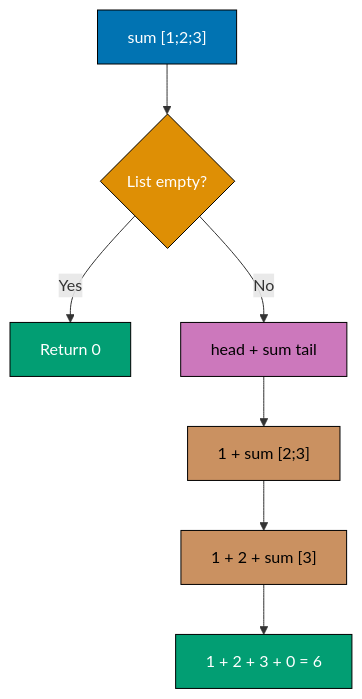
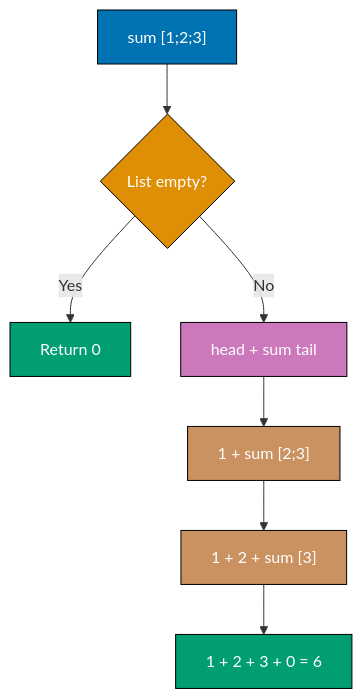
The sixth of 10 diagrams in apps/ayokoding-web/content/en/learn/software-engineering/programming-languages/f-sharp/by-example/beginner.md (wahidyankf/open-sharia-enterprise), drawn with Mermaid before and after one commit. The commit also changed other lines of this file and 61 other files, not shown here.

First line of the commit message:
fix(ayokoding-web): quote Mermaid node labels with special characters in Example 63

````diff
--- a/apps/ayokoding-web/content/en/learn/software-engineering/programming-languages/f-sharp/by-example/beginner.md
+++ b/apps/ayokoding-web/content/en/learn/software-engineering/programming-languages/f-sharp/by-example/beginner.md
@@ -347,18 +347,18 @@
 ```mermaid
 %% Color Palette: Blue #0173B2, Orange #DE8F05, Teal #029E73
 graph TD
     A[sum #91;1;2;3#93;]:::blue --> B{List empty?}:::orange
     B -->|Yes| C[Return 0]:::teal
     B -->|No| D[head + sum tail]:::purple
     D --> E[1 + sum #91;2;3#93;]:::brown
     E --> F[1 + 2 + sum #91;3#93;]:::brown
     F --> G[1 + 2 + 3 + 0 = 6]:::teal
 
     style A fill:#0173B2,stroke:#000,color:#fff
     style B fill:#DE8F05,stroke:#000,color:#fff
     style C fill:#029E73,stroke:#000,color:#fff
-    style D fill:#CC78BC,stroke:#000,color:#000
-    style E fill:#CA9161,stroke:#000,color:#000
-    style F fill:#CA9161,stroke:#000,color:#000
+    style D fill:#CC78BC,stroke:#000,color:#fff
+    style E fill:#CA9161,stroke:#000,color:#fff
+    style F fill:#CA9161,stroke:#000,color:#fff
     style G fill:#029E73,stroke:#000,color:#fff
 ```
````
